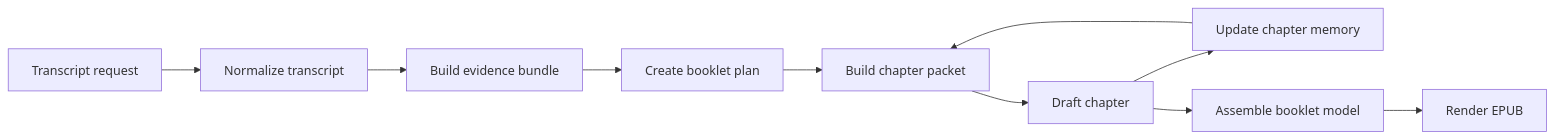
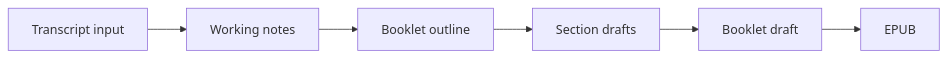
One commit to CeciliaHahan/podcast_to_ebook changed the second of 2 diagrams in docs/canonical-transcript-to-booklet-pipeline.md. Above: the diagram before and after it, drawn with Mermaid. The commit also changed other lines of this file, not shown here.

````diff
--- a/docs/canonical-transcript-to-booklet-pipeline.md
+++ b/docs/canonical-transcript-to-booklet-pipeline.md
@@ -67,12 +122,8 @@
 ```mermaid
 flowchart LR
-  A[Transcript request] --> B[Normalize transcript]
-  B --> C[Build evidence bundle]
-  C --> D[Create booklet plan]
-  D --> E[Build chapter packet]
-  E --> F[Draft chapter]
-  F --> G[Update chapter memory]
-  G --> E
-  F --> H[Assemble booklet model]
-  H --> I[Render EPUB]
+  A[Transcript input] --> B[Working notes]
+  B --> C[Booklet outline]
+  C --> D[Section drafts]
+  D --> E[Booklet draft]
+  E --> F[EPUB]
 ```
````
